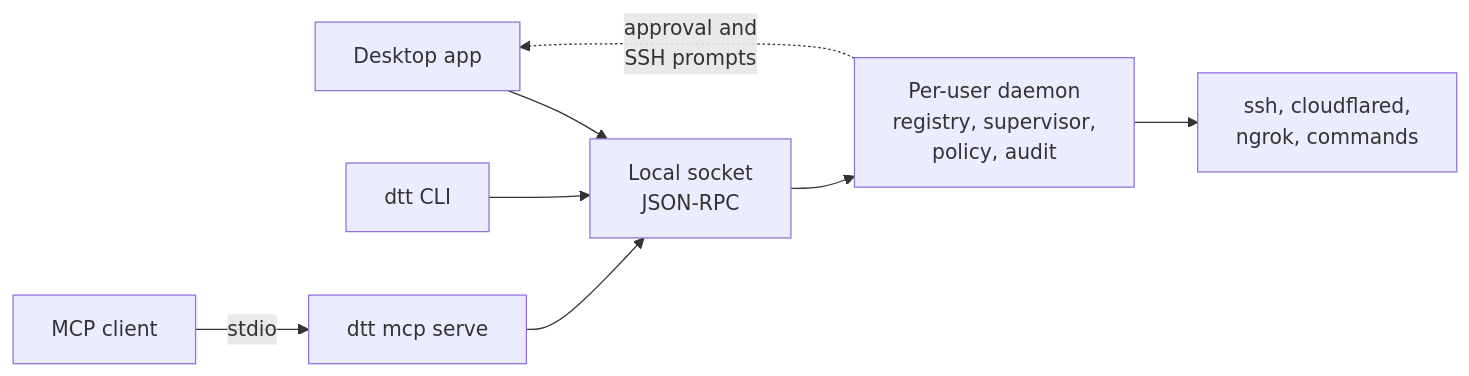
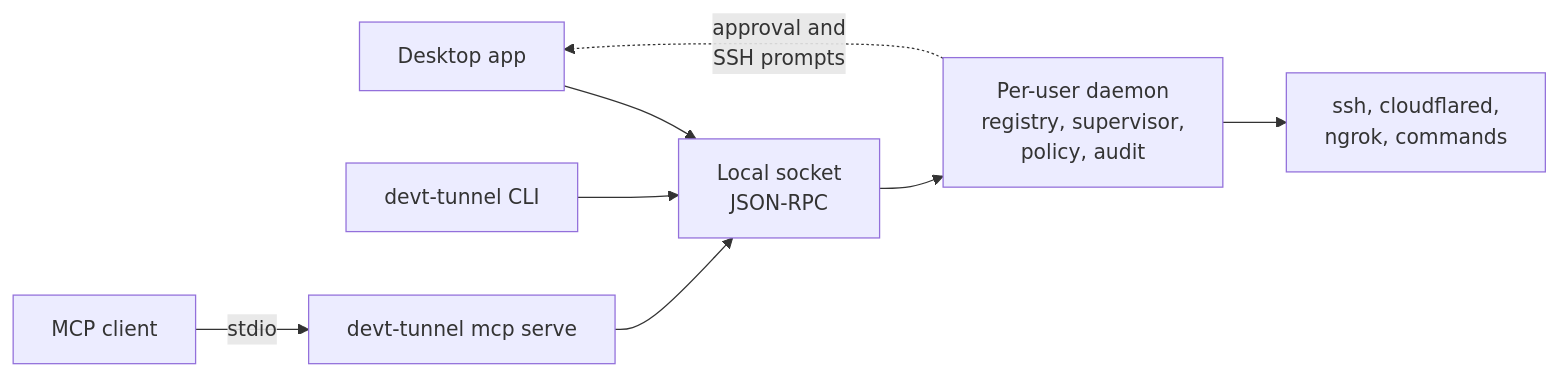
Before and after one commit to trieu04/devt-tunnel: the diagram in README.md, drawn with Mermaid. The commit also changed other lines of this file and 237 other files, not shown here.

First line of the commit message:
refactor: rename CLI to devt-tunnel and desktop package to devt-tunnel-desktop

````diff
--- a/README.md
+++ b/README.md
@@ -112,9 +112,9 @@
 ```mermaid
 flowchart LR
   GUI["Desktop app"] --> S["Local socket<br/>JSON-RPC"]
-  CLI["dtt CLI"] --> S
-  Agent["MCP client"] -->|stdio| MCP["dtt mcp serve"] --> S
+  CLI["devt-tunnel CLI"] --> S
+  Agent["MCP client"] -->|stdio| MCP["devt-tunnel mcp serve"] --> S
   S --> D["Per-user daemon<br/>registry, supervisor,<br/>policy, audit"]
   D --> P["ssh, cloudflared,<br/>ngrok, commands"]
   D -.->|"approval and<br/>SSH prompts"| GUI
 ```
````
